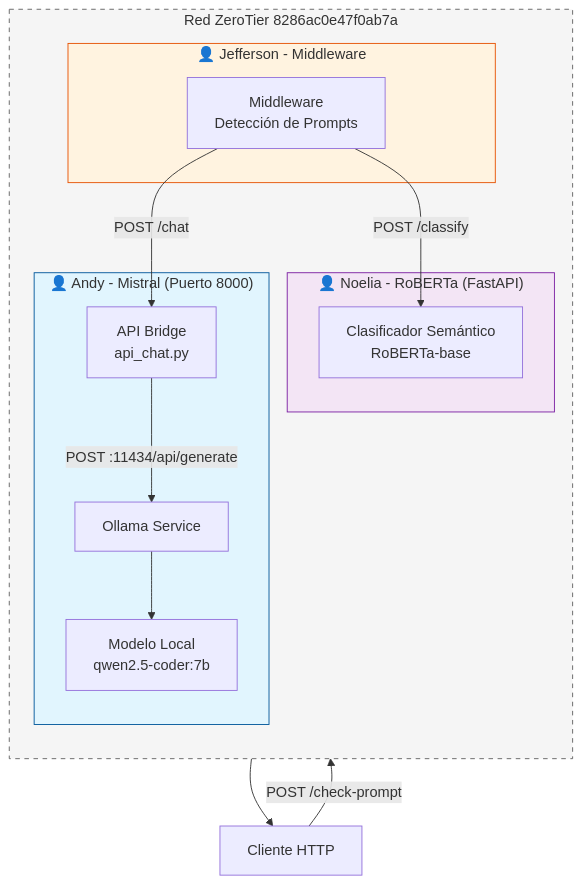
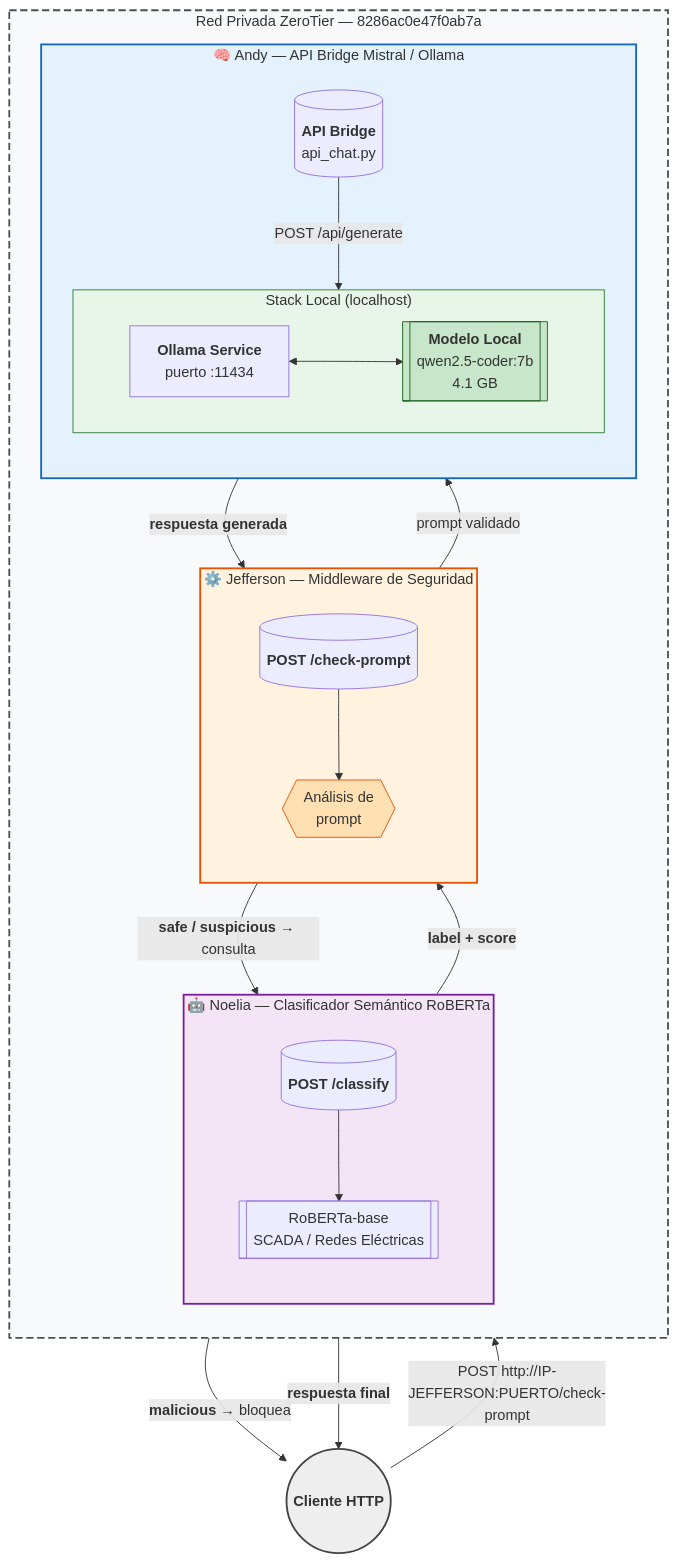
The diagram in README.md (andylaglaguano9-max/Proyecto_Lagla), drawn with Mermaid before and after one commit. The commit also changed other lines of this file, not shown here.

Commit message:
Redesign architecture diagram: professional Mermaid flowchart with clear roles, data flow, and ZeroTier network boundary

````diff
--- a/README.md
+++ b/README.md
@@ -7,26 +11,66 @@
 ```mermaid
-graph TB
-    subgraph ZeroTier["Red ZeroTier 8286ac0e47f0ab7a"]
+flowchart TB
+    %%━━━━━━━━━━━━━━━━━━━━━━━━━━━━━━━━━━━━━━━━━━━━━━━
+    %%  CAPA EXTERNA - CLIENTE
+    %%━━━━━━━━━━━━━━━━━━━━━━━━━━━━━━━━━━━━━━━━━━━━━━━
+    CLIENTE(("`**Cliente HTTP**`"))
+
+    %%━━━━━━━━━━━━━━━━━━━━━━━━━━━━━━━━━━━━━━━━━━━━━━━
+    %%  RED ZEROTIER - ENTORNO DISTRIBUIDO
+    %%━━━━━━━━━━━━━━━━━━━━━━━━━━━━━━━━━━━━━━━━━━━━━━━
+    subgraph ZT["Red Privada ZeroTier — 8286ac0e47f0ab7a"]
         direction TB
-        subgraph Andy["👤 Andy - Mistral (Puerto 8000)"]
-            API[API Bridge<br>api_chat.py] -->|POST :11434/api/generate| OLLAMA[Ollama Service]
-            OLLAMA --> MODELO[Modelo Local<br>qwen2.5-coder:7b]
+
+        %% ── JEFFERSON: MIDDLEWARE ──
+        subgraph J["⚙️ Jefferson — Middleware de Seguridad"]
+            direction TB
+            MID_IN[("`**POST /check-prompt**`")]
+            MID_DEC{{"`Análisis de<br>prompt`"}}
+            MID_IN --> MID_DEC
         end
-        subgraph Noelia["👤 Noelia - RoBERTa (FastAPI)"]
-            ROBERTA[Clasificador Semántico<br>RoBERTa-base]
+
+        %% ── NOELIA: ROBERTA CLASSIFIER ──
+        subgraph N["🤖 Noelia — Clasificador Semántico RoBERTa"]
+            direction TB
+            ROB_API[("`**POST /classify**`")]
+            ROB_MODEL[["`RoBERTa-base<br>SCADA / Redes Eléctricas`"]]
+            ROB_API --> ROB_MODEL
         end
-        subgraph Jefferson["👤 Jefferson - Middleware"]
-            MIDDLE[Middleware<br>Detección de Prompts]
+
+        %% ── ANDY: MISTRAL API BRIDGE ──
+        subgraph A["🧠 Andy — API Bridge Mistral / Ollama"]
+            direction TB
+            API_BRIDGE[("`**API Bridge**<br>api_chat.py`")]
+            subgraph OLLAMA_INTERNAL["Stack Local (localhost)"]
+                direction LR
+                OLLAMA_SVC["`**Ollama Service**<br>puerto :11434`"]
+                MODELO[["`**Modelo Local**<br>qwen2.5-coder:7b<br>4.1 GB`"]]
+                OLLAMA_SVC <--> MODELO
+            end
+            API_BRIDGE -->|POST /api/generate| OLLAMA_SVC
         end
     end
 
-    CLIENTE[Cliente HTTP] -->|POST /check-prompt| MIDDLE
-    MIDDLE -->|POST /classify| ROBERTA
-    MIDDLE -->|POST /chat| API
-    MIDDLE --> CLIENTE
+    %%━━━━━━━━━━━━━━━━━━━━━━━━━━━━━━━━━━━━━━━━━━━━━━━
+    %%  FLUJO DE DATOS
+    %%━━━━━━━━━━━━━━━━━━━━━━━━━━━━━━━━━━━━━━━━━━━━━━━
+    CLIENTE -->|"POST http://IP-JEFFERSON:PUERTO/check-prompt"| MID_IN
+    MID_DEC -->|"`**safe / suspicious** → consulta`"| ROB_API
+    MID_DEC -->|"`**malicious** → bloquea`"| CLIENTE
+    ROB_API -->|"`**label + score**`"| MID_DEC
+    MID_DEC -->|"`prompt validado`"| API_BRIDGE
+    API_BRIDGE -->|"`**respuesta generada**`"| MID_DEC
+    MID_DEC -->|"`**respuesta final**`"| CLIENTE
 
-    style Andy fill:#e1f5fe,stroke:#01579b
-    style Noelia fill:#f3e5f5,stroke:#7b1fa2
-    style Jefferson fill:#fff3e0,stroke:#e65100
-    style ZeroTier fill:#f5f5f5,stroke:#616161,stroke-dasharray: 5 5
+    %%━━━━━━━━━━━━━━━━━━━━━━━━━━━━━━━━━━━━━━━━━━━━━━━
+    %%  ESTILOS
+    %%━━━━━━━━━━━━━━━━━━━━━━━━━━━━━━━━━━━━━━━━━━━━━━━
+    style ZT fill:#f8f9fa,stroke:#495057,stroke-width:2px,stroke-dasharray: 8 4
+    style J fill:#fff3e0,stroke:#e65100,stroke-width:2px
+    style N fill:#f3e5f5,stroke:#7b1fa2,stroke-width:2px
+    style A fill:#e3f2fd,stroke:#1565c0,stroke-width:2px
+    style OLLAMA_INTERNAL fill:#e8f5e9,stroke:#2e7d32,stroke-width:1px
+    style CLIENTE fill:#eeeeee,stroke:#424242,stroke-width:2px
+    style MODELO fill:#c8e6c9,stroke:#1b5e20
+    style MID_DEC fill:#ffe0b2,stroke:#e65100
 ```
````
